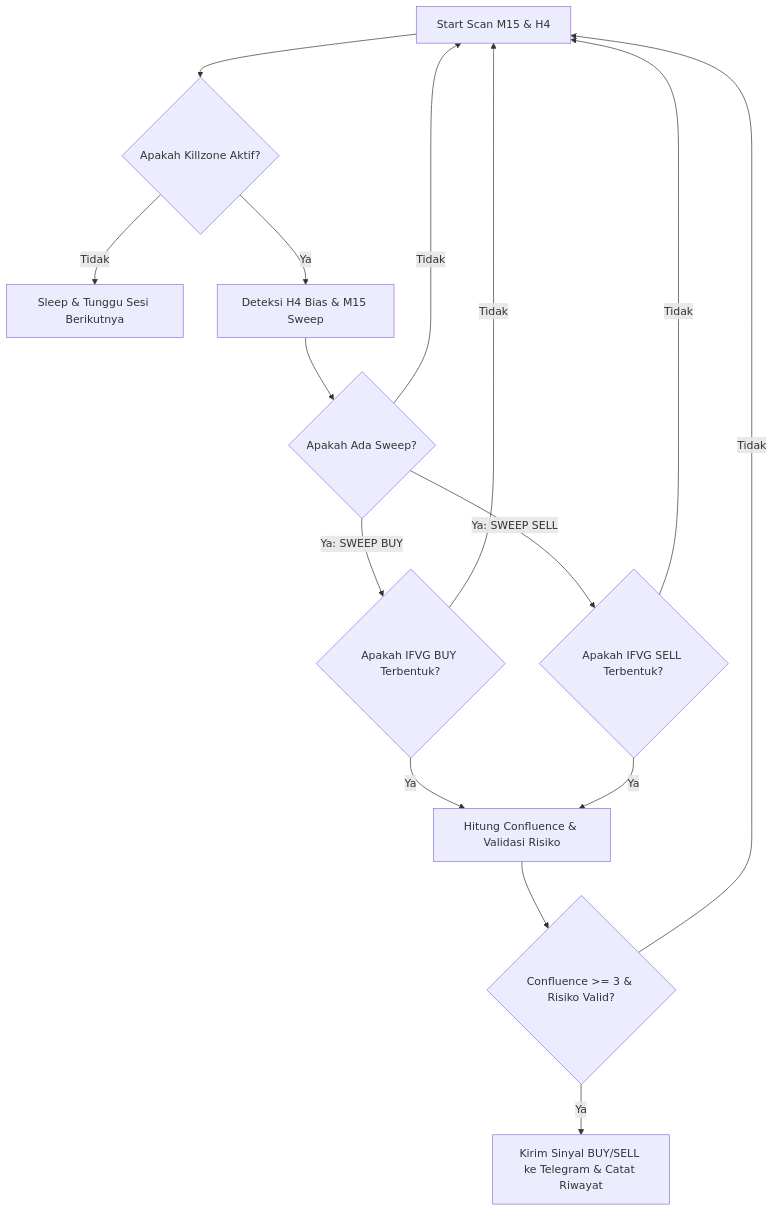
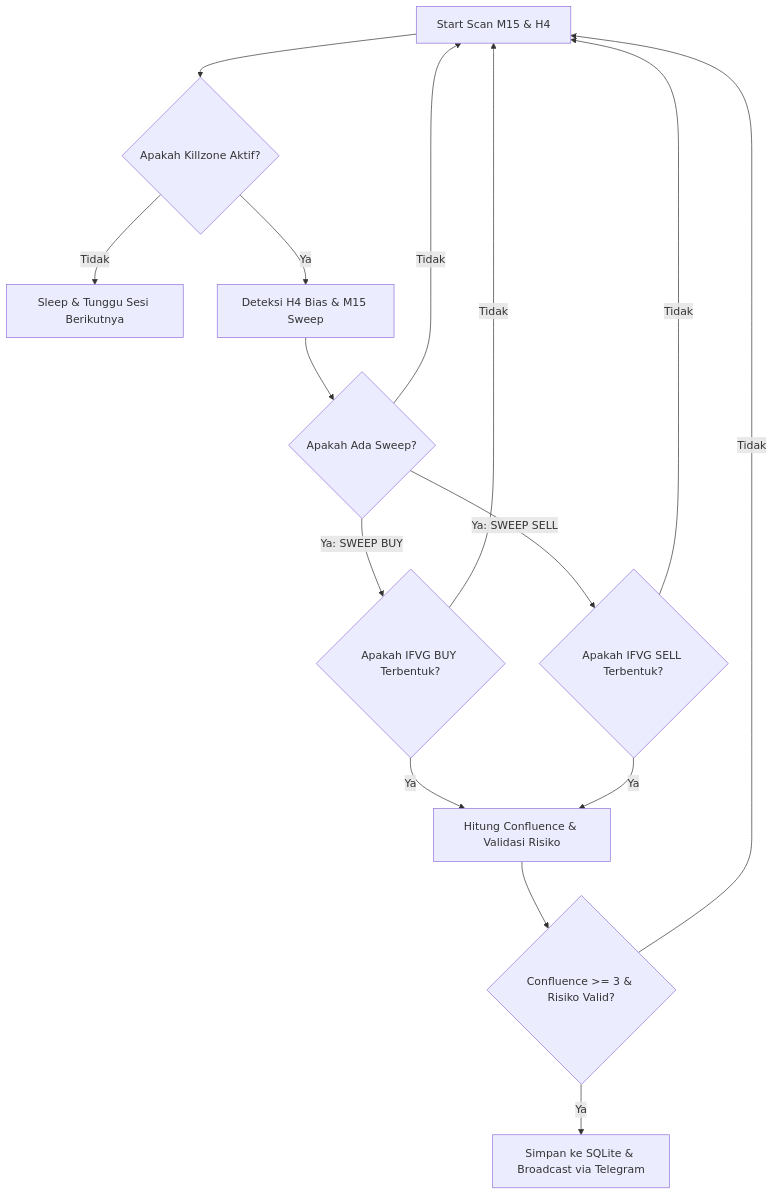
One commit to sakeeeeeeee/xauusd-ict-bot changed the diagram in README.md. Above: the diagram before and after it, drawn with Mermaid. The commit also changed other lines of this file and 31 other files, not shown here.

````diff
--- a/README.md
+++ b/README.md
@@ -40,17 +43,17 @@
 ```mermaid
 graph TD
     A[Start Scan M15 & H4] --> B{Apakah Killzone Aktif?}
     B -- Tidak --> C[Sleep & Tunggu Sesi Berikutnya]
     B -- Ya --> D[Deteksi H4 Bias & M15 Sweep]
     D --> E{Apakah Ada Sweep?}
     E -- Tidak --> A
     E -- Ya: SWEEP BUY --> F{Apakah IFVG BUY Terbentuk?}
     E -- Ya: SWEEP SELL --> G{Apakah IFVG SELL Terbentuk?}
     F -- Ya --> H[Hitung Confluence & Validasi Risiko]
     F -- Tidak --> A
     G -- Ya --> H
     G -- Tidak --> A
     H --> I{Confluence >= 3 & Risiko Valid?}
-    I -- Ya --> J[Kirim Sinyal BUY/SELL ke Telegram & Catat Riwayat]
+    I -- Ya --> J[Simpan ke SQLite & Broadcast via Telegram]
     I -- Tidak --> A
 ```
````
